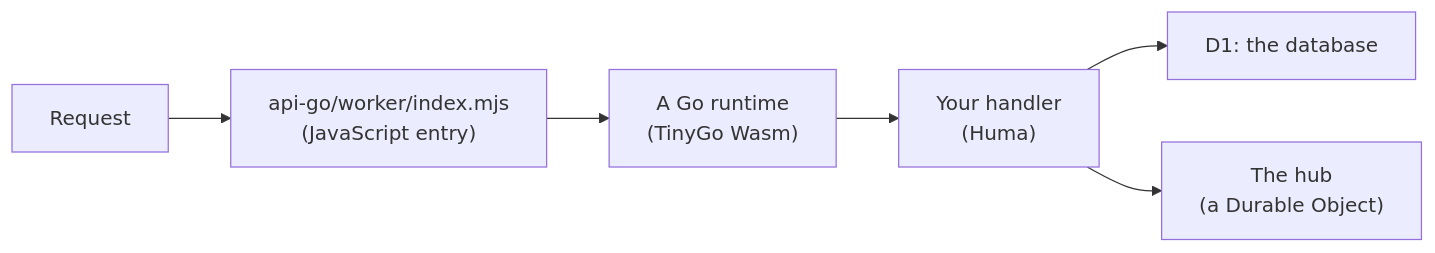
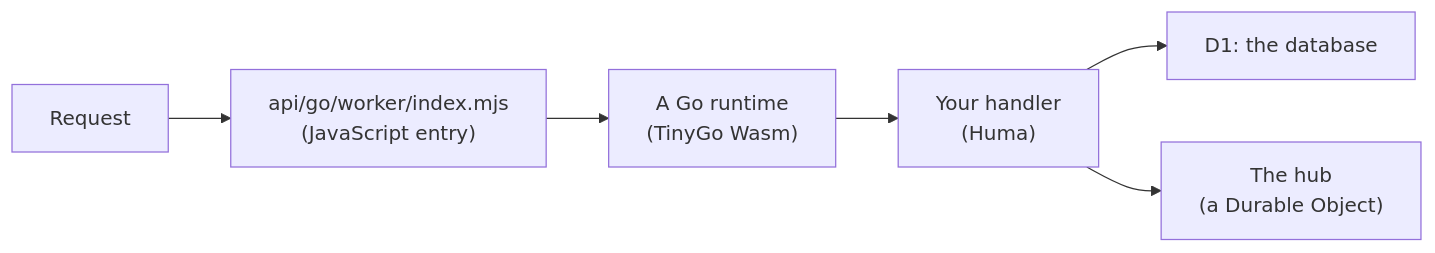
One commit to joeblew999/charter changed the diagram in docs/concepts/workers-go.md. Above: the diagram before and after it, drawn with Mermaid. The commit also changed other lines of this file and 83 other files, not shown here.

````diff
--- a/docs/concepts/workers-go.md
+++ b/docs/concepts/workers-go.md
@@ -15,8 +15,8 @@
 ```mermaid
 flowchart LR
-    R["Request"] --> J["api-go/worker/index.mjs<br/>(JavaScript entry)"]
+    R["Request"] --> J["api/go/worker/index.mjs<br/>(JavaScript entry)"]
     J --> G["A Go runtime<br/>(TinyGo Wasm)"]
     G --> H["Your handler<br/>(Huma)"]
     H --> D["D1: the database"]
     H --> U["The hub<br/>(a Durable Object)"]
 ```
````
